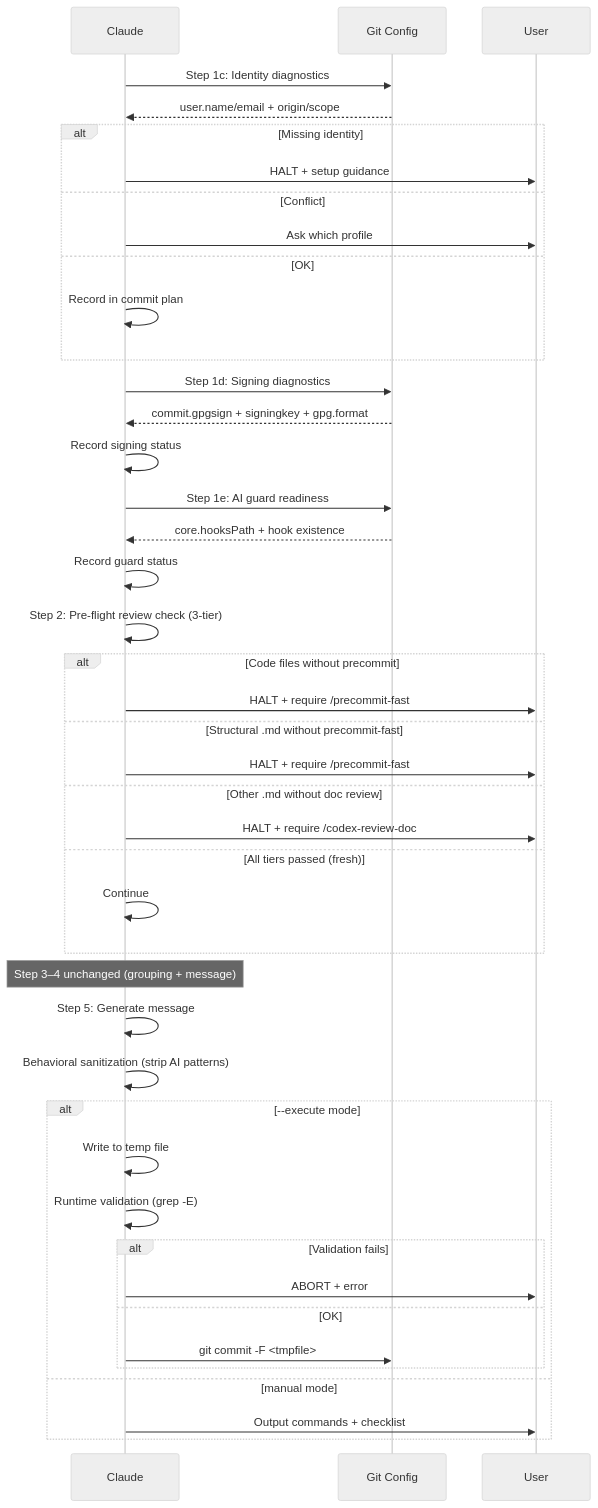
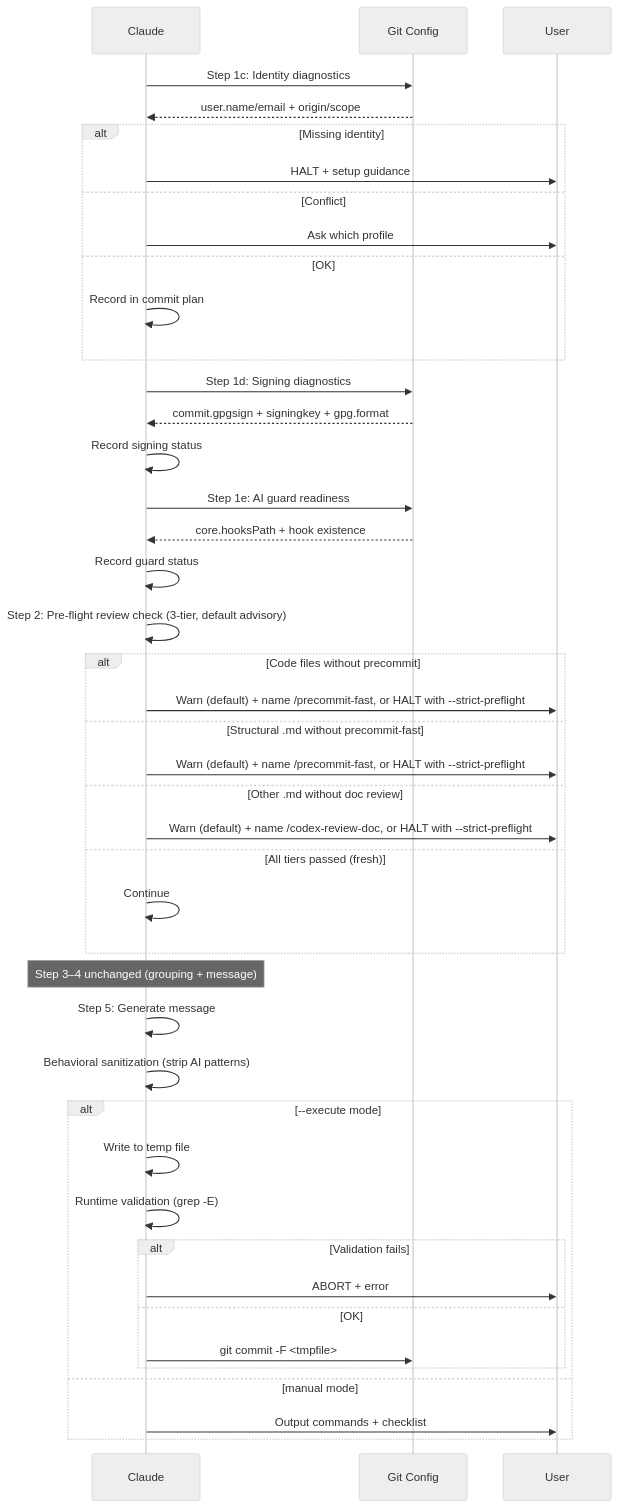
Before and after one commit to sd0xdev/sd0x-dev-flow: the diagram in docs/features/smart-commit-hardening/2-tech-spec.md, drawn with Mermaid (neutral theme). The commit also changed other lines of this file and 112 other files, not shown here.

````diff
--- a/docs/features/smart-commit-hardening/2-tech-spec.md
+++ b/docs/features/smart-commit-hardening/2-tech-spec.md
@@ -35,51 +39,51 @@
 ```mermaid
 sequenceDiagram
     participant C as Claude
     participant G as Git Config
     participant U as User
 
     C->>G: Step 1c: Identity diagnostics
     G-->>C: user.name/email + origin/scope
     alt Missing identity
         C->>U: HALT + setup guidance
     else Conflict
         C->>U: Ask which profile
     else OK
         C->>C: Record in commit plan
     end
 
     C->>G: Step 1d: Signing diagnostics
     G-->>C: commit.gpgsign + signingkey + gpg.format
     C->>C: Record signing status
 
     C->>G: Step 1e: AI guard readiness
     G-->>C: core.hooksPath + hook existence
     C->>C: Record guard status
 
-    C->>C: Step 2: Pre-flight review check (3-tier)
+    C->>C: Step 2: Pre-flight review check (3-tier, default advisory)
     alt Code files without precommit
-        C->>U: HALT + require /precommit-fast
+        C->>U: Warn (default) + name /precommit-fast, or HALT with --strict-preflight
     else Structural .md without precommit-fast
-        C->>U: HALT + require /precommit-fast
+        C->>U: Warn (default) + name /precommit-fast, or HALT with --strict-preflight
     else Other .md without doc review
-        C->>U: HALT + require /codex-review-doc
+        C->>U: Warn (default) + name /codex-review-doc, or HALT with --strict-preflight
     else All tiers passed (fresh)
         C->>C: Continue
     end
 
     Note over C: Step 3–4 unchanged (grouping + message)
 
     C->>C: Step 5: Generate message
     C->>C: Behavioral sanitization (strip AI patterns)
     alt --execute mode
         C->>C: Write to temp file
         C->>C: Runtime validation (grep -E)
         alt Validation fails
             C->>U: ABORT + error
         else OK
             C->>G: git commit -F <tmpfile>
         end
     else manual mode
         C->>U: Output commands + checklist
     end
 ```
````
